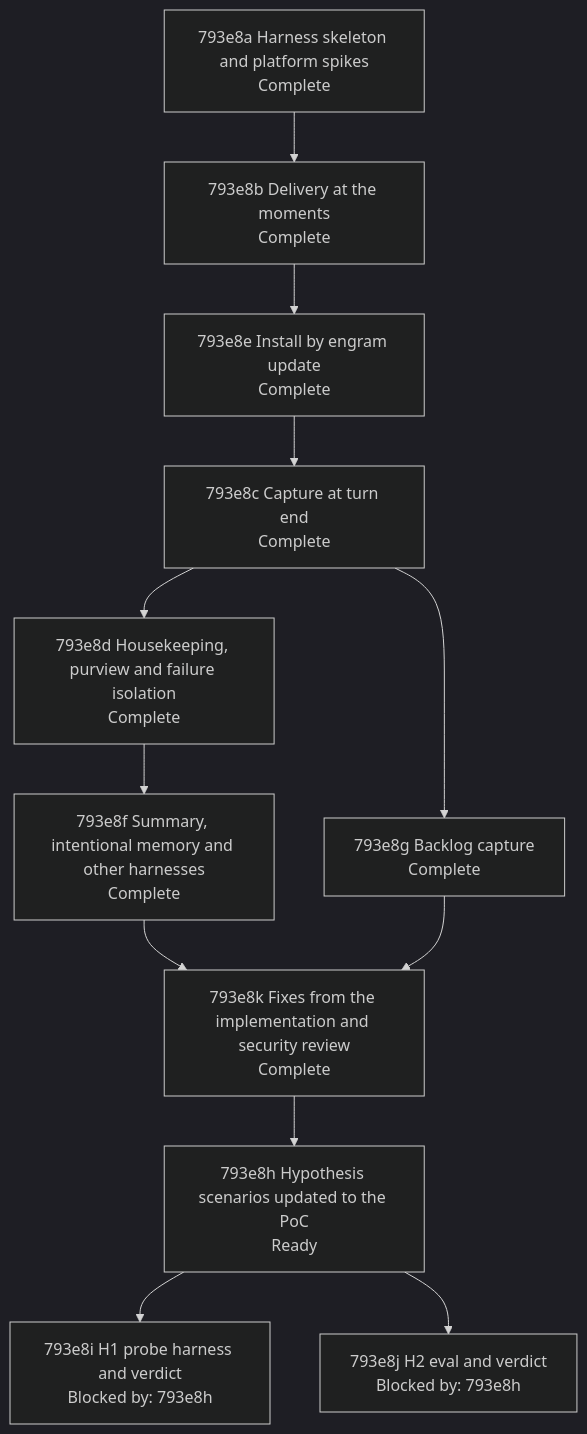
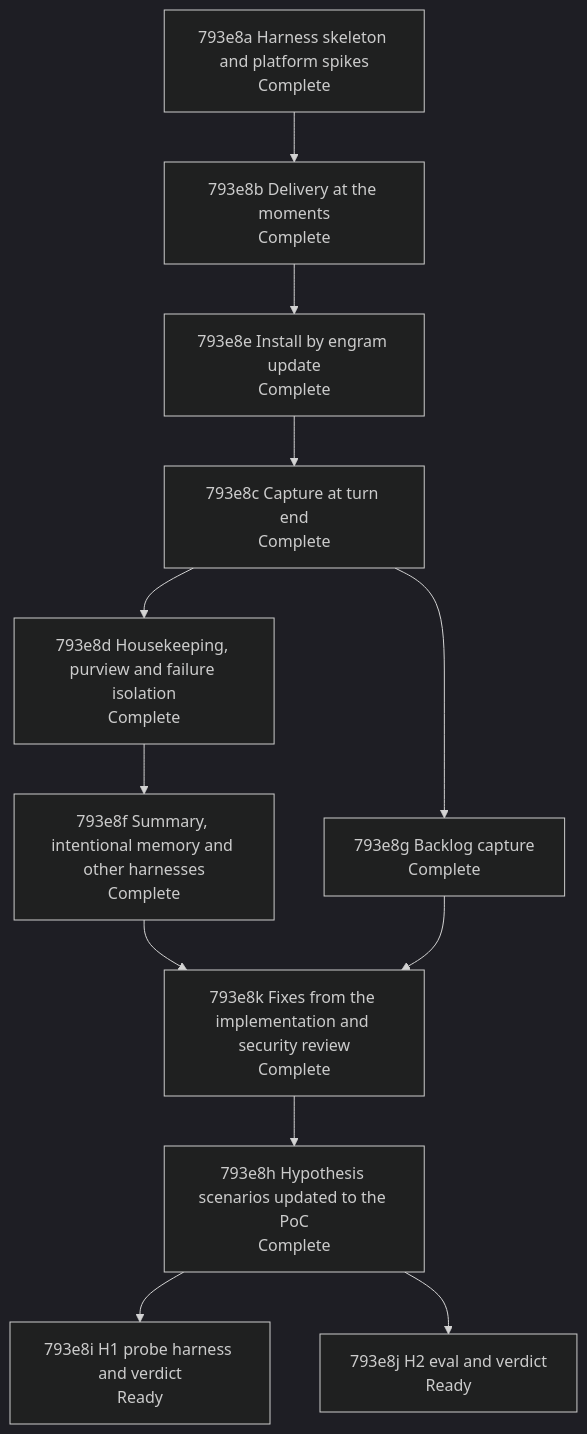
Before and after one commit to toejough/engram: the diagram in docs/changes/793_parallel-memory-agent/793e_implementation-plan.md, drawn with Mermaid (dark theme). The commit also changed other lines of this file and 3 other files, not shown here.

````diff
--- a/docs/changes/793_parallel-memory-agent/793e_implementation-plan.md
+++ b/docs/changes/793_parallel-memory-agent/793e_implementation-plan.md
@@ -215,23 +217,23 @@
 ```mermaid
 flowchart TD
   n793e8a["793e8a Harness skeleton and platform spikes<br/>Complete"]
   n793e8b["793e8b Delivery at the moments<br/>Complete"]
   n793e8e["793e8e Install by engram update<br/>Complete"]
   n793e8c["793e8c Capture at turn end<br/>Complete"]
   n793e8d["793e8d Housekeeping, purview and failure isolation<br/>Complete"]
   n793e8g["793e8g Backlog capture<br/>Complete"]
   n793e8f["793e8f Summary, intentional memory and other harnesses<br/>Complete"]
   n793e8k["793e8k Fixes from the implementation and security review<br/>Complete"]
-  n793e8h["793e8h Hypothesis scenarios updated to the PoC<br/>Ready"]
-  n793e8i["793e8i H1 probe harness and verdict<br/>Blocked by: 793e8h"]
-  n793e8j["793e8j H2 eval and verdict<br/>Blocked by: 793e8h"]
+  n793e8h["793e8h Hypothesis scenarios updated to the PoC<br/>Complete"]
+  n793e8i["793e8i H1 probe harness and verdict<br/>Ready"]
+  n793e8j["793e8j H2 eval and verdict<br/>Ready"]
   n793e8a --> n793e8b --> n793e8e --> n793e8c
   n793e8c --> n793e8d
   n793e8c --> n793e8g
   n793e8d --> n793e8f
   n793e8f --> n793e8k
   n793e8g --> n793e8k
   n793e8k --> n793e8h
   n793e8h --> n793e8i
   n793e8h --> n793e8j
 ```
````
